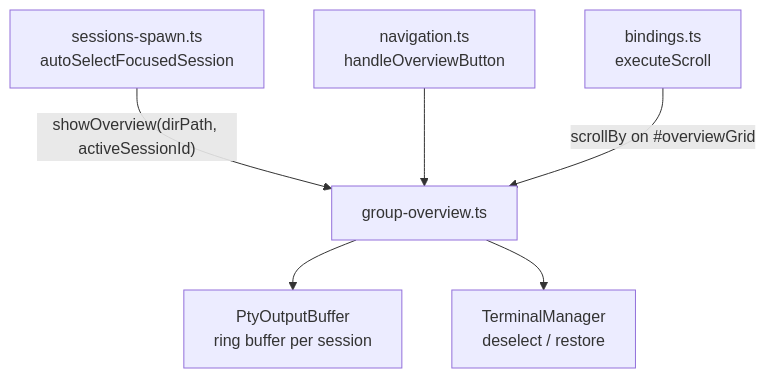
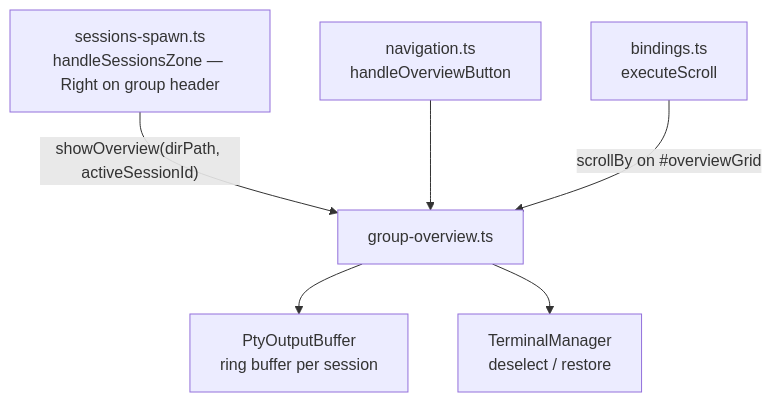
The second of 2 diagrams in docs/group-overview.md (PetePeter/gamepad-cli-hub), drawn with Mermaid before and after one commit. The commit also changed other lines of this file and 4 other files, not shown here.

````diff
--- a/docs/group-overview.md
+++ b/docs/group-overview.md
@@ -66,8 +68,8 @@
 ```mermaid
 graph TB
-    SO[sessions-spawn.ts<br>autoSelectFocusedSession] -->|"showOverview(dirPath, activeSessionId)"| GO[group-overview.ts]
+    SO[sessions-spawn.ts<br>handleSessionsZone — Right on group header] -->|"showOverview(dirPath, activeSessionId)"| GO[group-overview.ts]
     GO --> OB[PtyOutputBuffer<br>ring buffer per session]
     GO --> TM[TerminalManager<br>deselect / restore]
     NAV[navigation.ts<br>handleOverviewButton] --> GO
     BIND[bindings.ts<br>executeScroll] -->|"scrollBy on #overviewGrid"| GO
 ```
````
